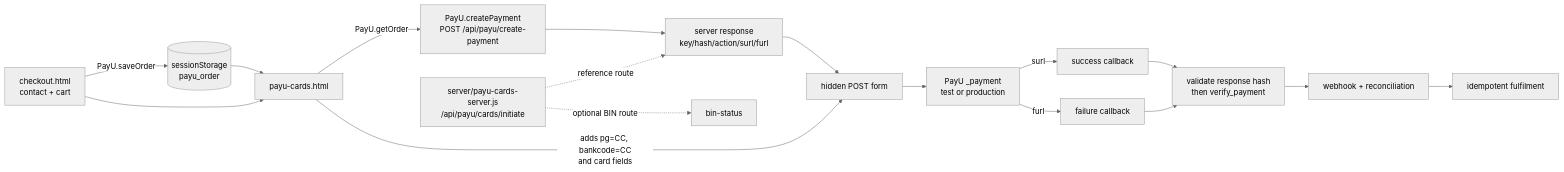
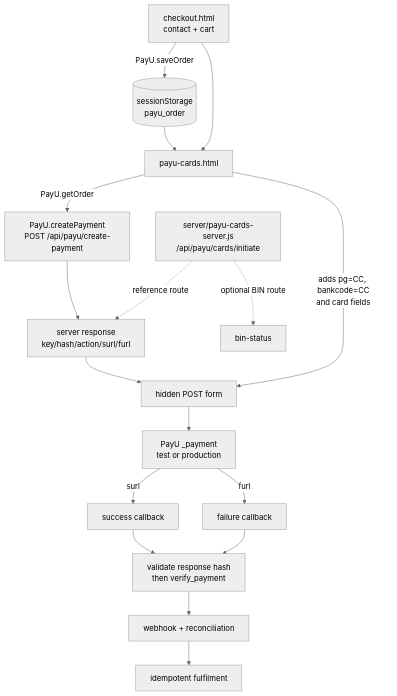
The diagram in docs/Docs For Internal Review/tutorials/tutorial-seamless-integration/tutorial-payu-cards-seamless-checkout-integration.md (payu-india/CMS-Chatbot), drawn with Mermaid (neutral theme) before and after one commit.

Commit message:
Update doc `tutorial-payu-cards-seamless-checkout-integration`

````diff
--- a/docs/Docs For Internal Review/tutorials/tutorial-seamless-integration/tutorial-payu-cards-seamless-checkout-integration.md
+++ b/docs/Docs For Internal Review/tutorials/tutorial-seamless-integration/tutorial-payu-cards-seamless-checkout-integration.md
@@ -42,19 +42,20 @@
 ```mermaid
-flowchart LR
-    A[checkout.html\ncontact + cart] -->|PayU.saveOrder| B[(sessionStorage\npayu_order)]
+flowchart TB
+    A[checkout.html<br/>contact + cart] -->|PayU.saveOrder| B[(sessionStorage<br/>payu_order)]
     A --> C[payu-cards.html]
     B --> C
-    C -->|PayU.getOrder| D[PayU.createPayment\nPOST /api/payu/create-payment]
-    D --> E[server response\nkey/hash/action/surl/furl]
-    C -->|adds pg=CC, bankcode=CC\nand card fields| F[hidden POST form]
+    C -->|PayU.getOrder| D[PayU.createPayment<br/>POST /api/payu/create-payment]
+    D --> E[server response<br/>key/hash/action/surl/furl]
+    C -->|adds pg=CC, bankcode=CC<br/>and card fields| F[hidden POST form]
     E --> F
-    F --> G[PayU _payment\ntest or production]
+    F --> G[PayU _payment<br/>test or production]
     G -->|surl| H[success callback]
     G -->|furl| I[failure callback]
-    H --> J[validate response hash\nthen verify_payment]
+    H --> J[validate response hash<br/>then verify_payment]
     I --> J
     J --> K[webhook + reconciliation]
     K --> L[idempotent fulfilment]
-    N[server/payu-cards-server.js\n/api/payu/cards/initiate] -. reference route .-> E
+    N[server/payu-cards-server.js<br/>/api/payu/cards/initiate] -. reference route .-> E
     N -. optional BIN route .-> O[bin-status]
+
 ```
````
